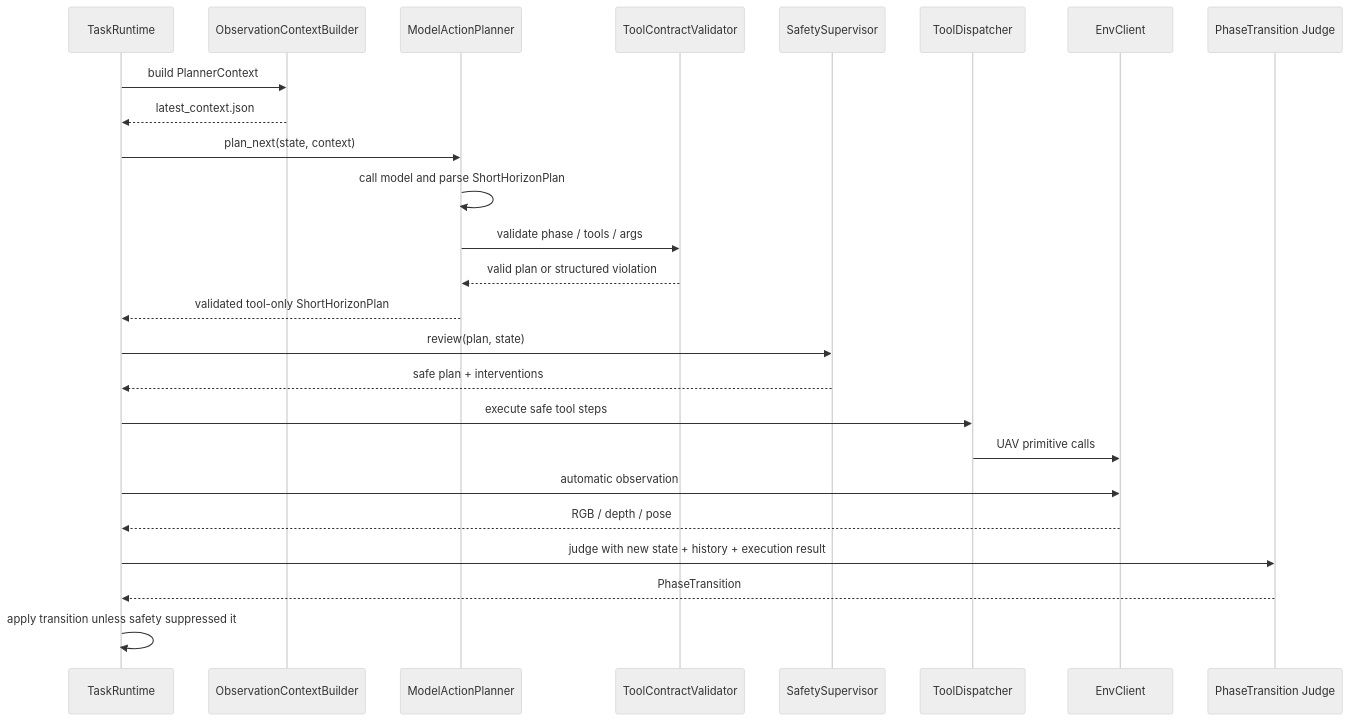
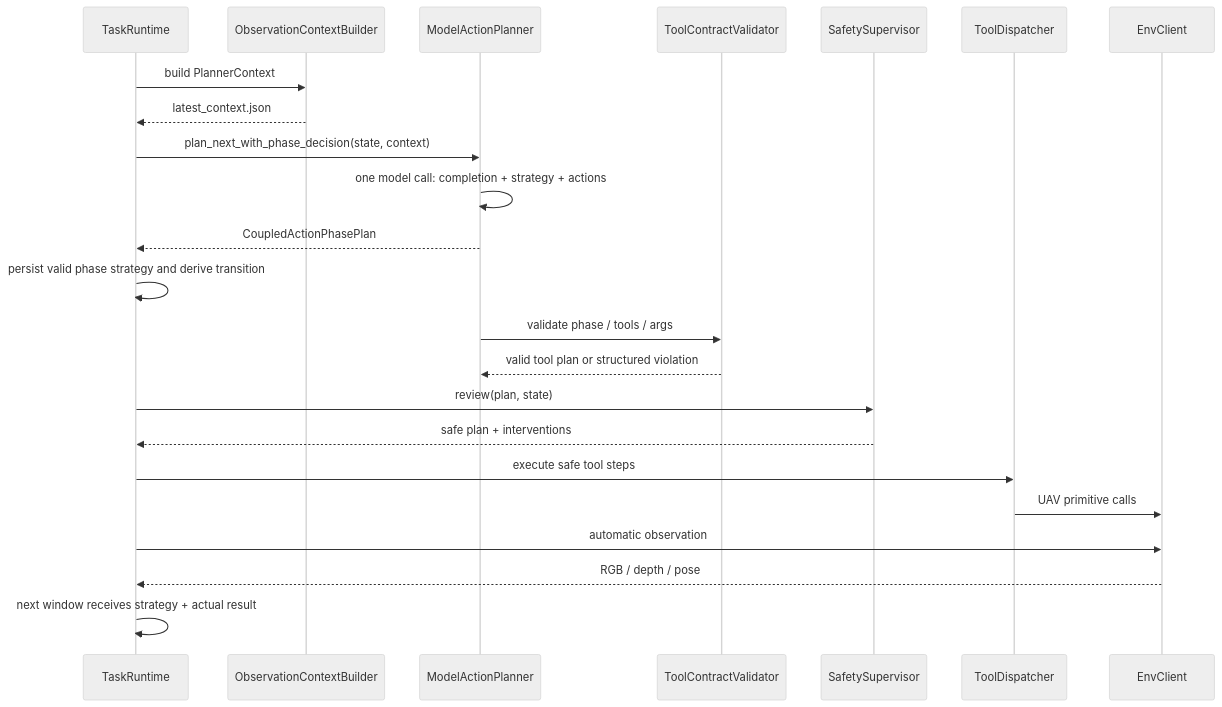
Before and after one commit to LZ6years/AeroPilot: the third of 4 diagrams in docs/architecture.md, drawn with Mermaid (neutral theme). The commit also changed other lines of this file and 76 other files, not shown here.

````diff
--- a/docs/architecture.md
+++ b/docs/architecture.md
@@ -136,28 +141,26 @@
 ```mermaid
 sequenceDiagram
     participant RT as TaskRuntime
     participant CB as ObservationContextBuilder
     participant MAP as ModelActionPlanner
     participant TCV as ToolContractValidator
     participant SS as SafetySupervisor
     participant TD as ToolDispatcher
     participant ENV as EnvClient
-    participant J as PhaseTransition Judge
 
     RT->>CB: build PlannerContext
     CB-->>RT: latest_context.json
-    RT->>MAP: plan_next(state, context)
-    MAP->>MAP: call model and parse ShortHorizonPlan
+    RT->>MAP: plan_next_with_phase_decision(state, context)
+    MAP->>MAP: one model call: completion + strategy + actions
+    MAP-->>RT: CoupledActionPhasePlan
+    RT->>RT: persist valid phase strategy and derive transition
     MAP->>TCV: validate phase / tools / args
-    TCV-->>MAP: valid plan or structured violation
-    MAP-->>RT: validated tool-only ShortHorizonPlan
+    TCV-->>MAP: valid tool plan or structured violation
     RT->>SS: review(plan, state)
     SS-->>RT: safe plan + interventions
     RT->>TD: execute safe tool steps
     TD->>ENV: UAV primitive calls
     RT->>ENV: automatic observation
     ENV-->>RT: RGB / depth / pose
-    RT->>J: judge with new state + history + execution result
-    J-->>RT: PhaseTransition
-    RT->>RT: apply transition unless safety suppressed it
+    RT->>RT: next window receives strategy + actual result
 ```
````
